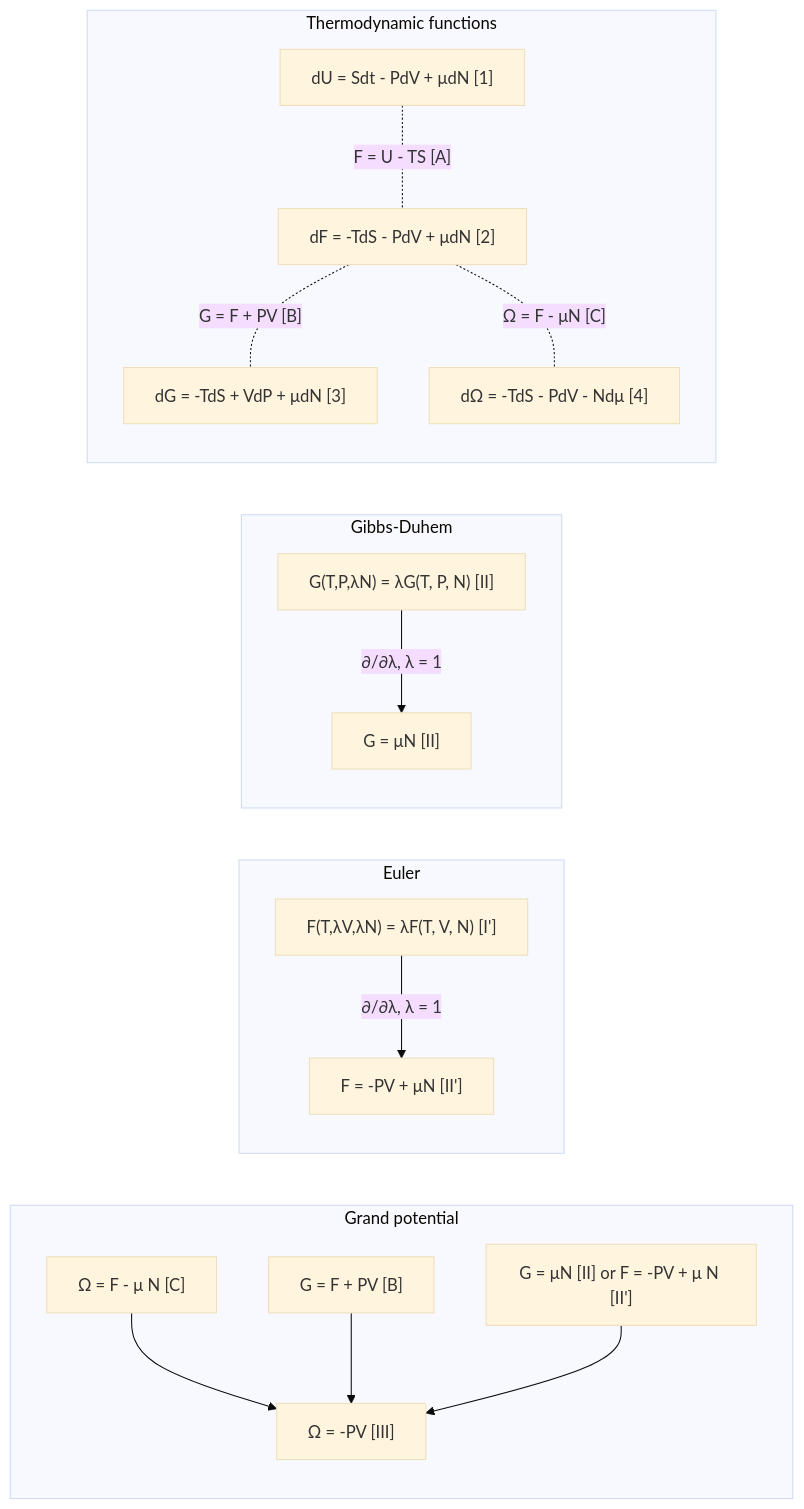
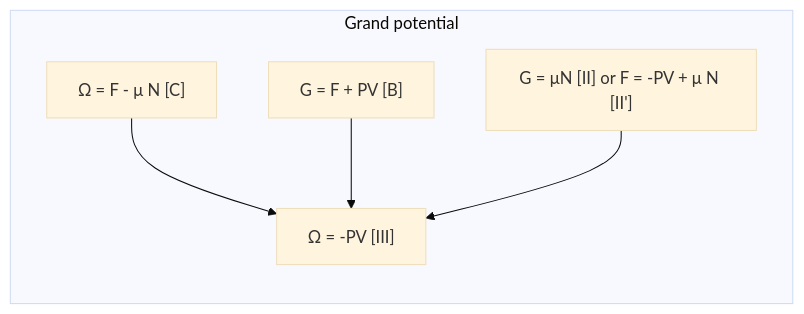
The diagram in grand_canonical.md (yamato97/science), drawn with Mermaid (base theme) before and after one commit.

````diff
--- a/grand_canonical.md
+++ b/grand_canonical.md
@@ -9,19 +9,9 @@
 ```mermaid
 graph LR
 subgraph Grand potential
 EC["&Omega; = F - &mu; N [C]"]-->EIII["&Omega; = -PV [III]"]
 EB["G = F + PV [B]"]-->EIII
 EIIdash["G = &mu;N [II] or F = -PV + &mu; N [II']"]-->EIII
 end
-subgraph Euler
-EI'["F(T,&lambda;V,&lambda;N) = &lambda;F(T, V, N) [I']"]-->|"&part;/&part;&lambda;, &lambda; = 1"|EII'["F = -PV + &mu;N [II']"]
-end
-subgraph Gibbs-Duhem
-EI["G(T,P,&lambda;N) = &lambda;G(T, P, N) [II]"]-->|"&part;/&part;&lambda;, &lambda; = 1"|EII["G = &mu;N [II]"]
-end
-subgraph Thermodynamic functions
-E1["dU = Sdt - PdV + &mu;dN [1]"]-.-|"F = U - TS [A]"|E2["dF = -TdS - PdV + &mu;dN [2]"]
-E2-.-|"G = F + PV [B]"|E3["dG = -TdS + VdP + &mu;dN [3]"]
-E2-.-|"&Omega; = F - &mu;N [C]"|E4["d&Omega; = -TdS - PdV - Nd&mu; [4]"]
-end
+
 ```
````
